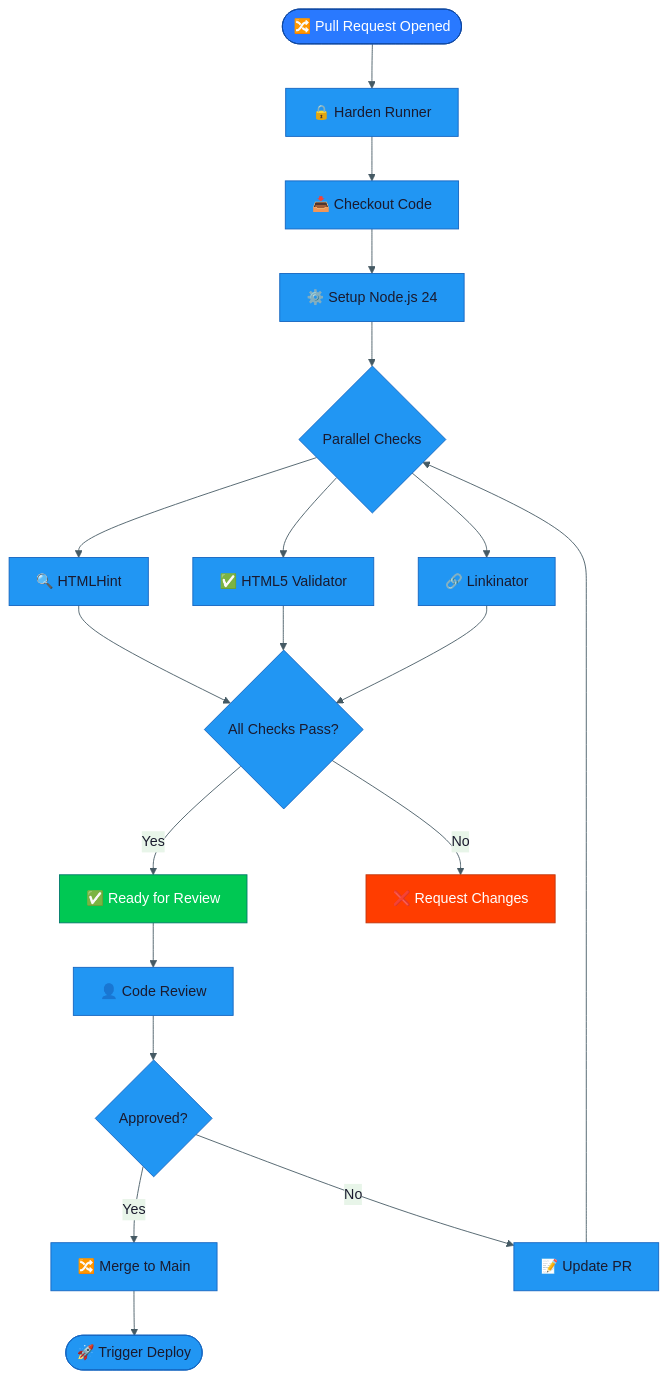
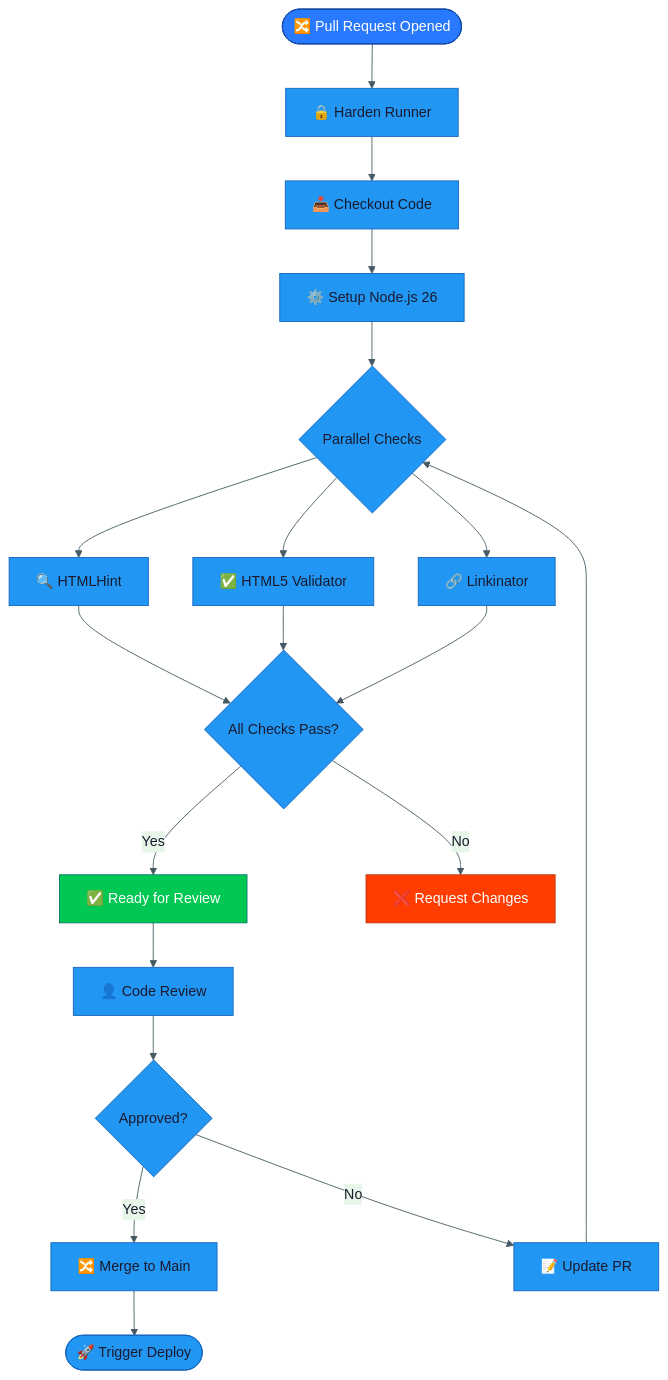
Before and after one commit to Hack23/homepage: the second of 6 diagrams in FLOWCHART.md, drawn with Mermaid. The commit also changed other lines of this file and 11 other files, not shown here.

````diff
--- a/FLOWCHART.md
+++ b/FLOWCHART.md
@@ -90,33 +90,33 @@
 ```mermaid
 %%{init: {"theme": "base", "themeVariables": {"primaryColor": "#2196F3", "primaryTextColor": "#1a1a2e", "lineColor": "#455A64", "secondaryColor": "#e8f5e9", "tertiaryColor": "#fff8e1", "primaryBorderColor": "#1565C0"}}}%%
 flowchart TD
     PR([🔀 Pull Request Opened]) --> Harden[🔒 Harden Runner]
     Harden --> Checkout[📥 Checkout Code]
-    Checkout --> SetupNode[⚙️ Setup Node.js 24]
+    Checkout --> SetupNode[⚙️ Setup Node.js 26]
 
     SetupNode --> ParallelChecks{Parallel Checks}
 
     ParallelChecks --> HTMLHint[🔍 HTMLHint]
     ParallelChecks --> HTML5Val[✅ HTML5 Validator]
     ParallelChecks --> LinkCheck[🔗 Linkinator]
 
     HTMLHint --> Results{All Checks Pass?}
     HTML5Val --> Results
     LinkCheck --> Results
 
     Results -->|Yes| Approve[✅ Ready for Review]
     Results -->|No| RequestChanges[❌ Request Changes]
 
     Approve --> Review[👤 Code Review]
     Review --> Merge{Approved?}
 
     Merge -->|Yes| MergeToMain[🔀 Merge to Main]
     Merge -->|No| Update[📝 Update PR]
     Update --> ParallelChecks
 
     MergeToMain --> DeployTrigger([🚀 Trigger Deploy])
 
     style PR fill:#2979FF,stroke:#0D47A1,color:#fff
     style Approve fill:#00C853,stroke:#00796B,color:#fff
     style RequestChanges fill:#FF3D00,stroke:#BF360C,color:#fff
 ```
````
